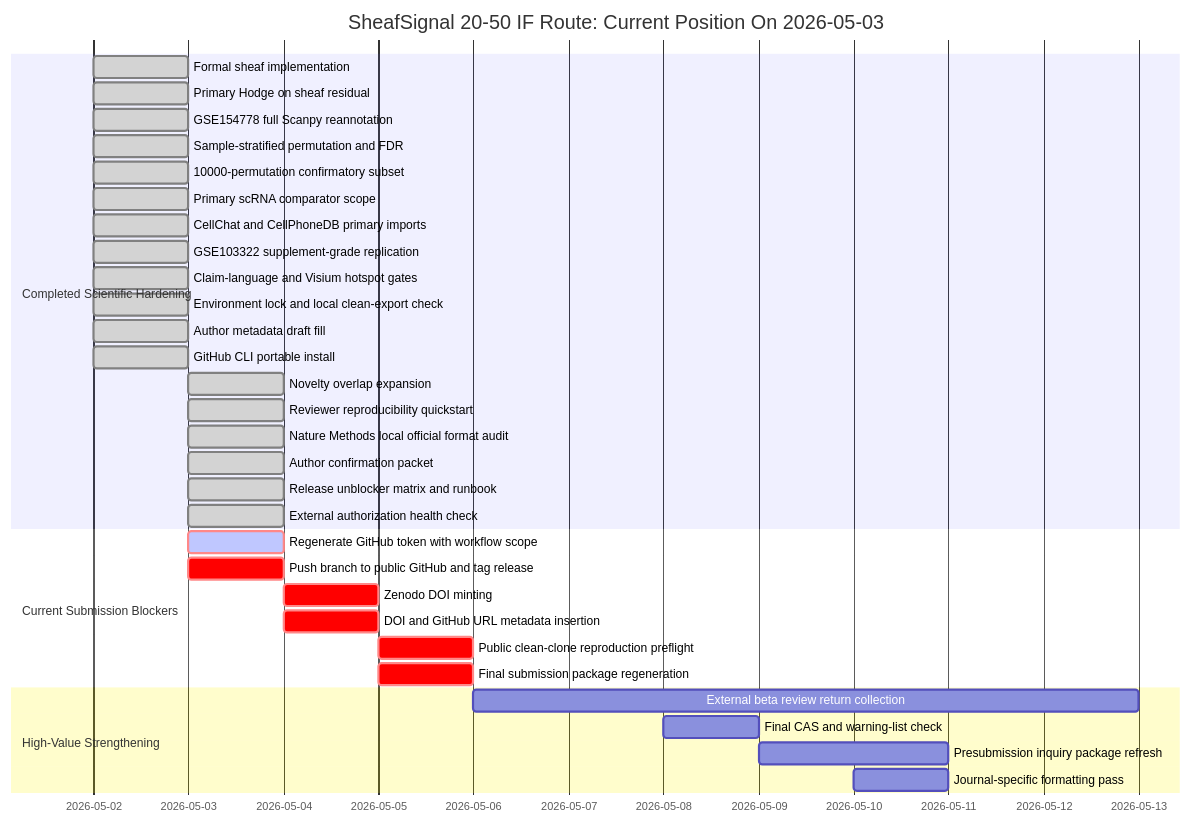
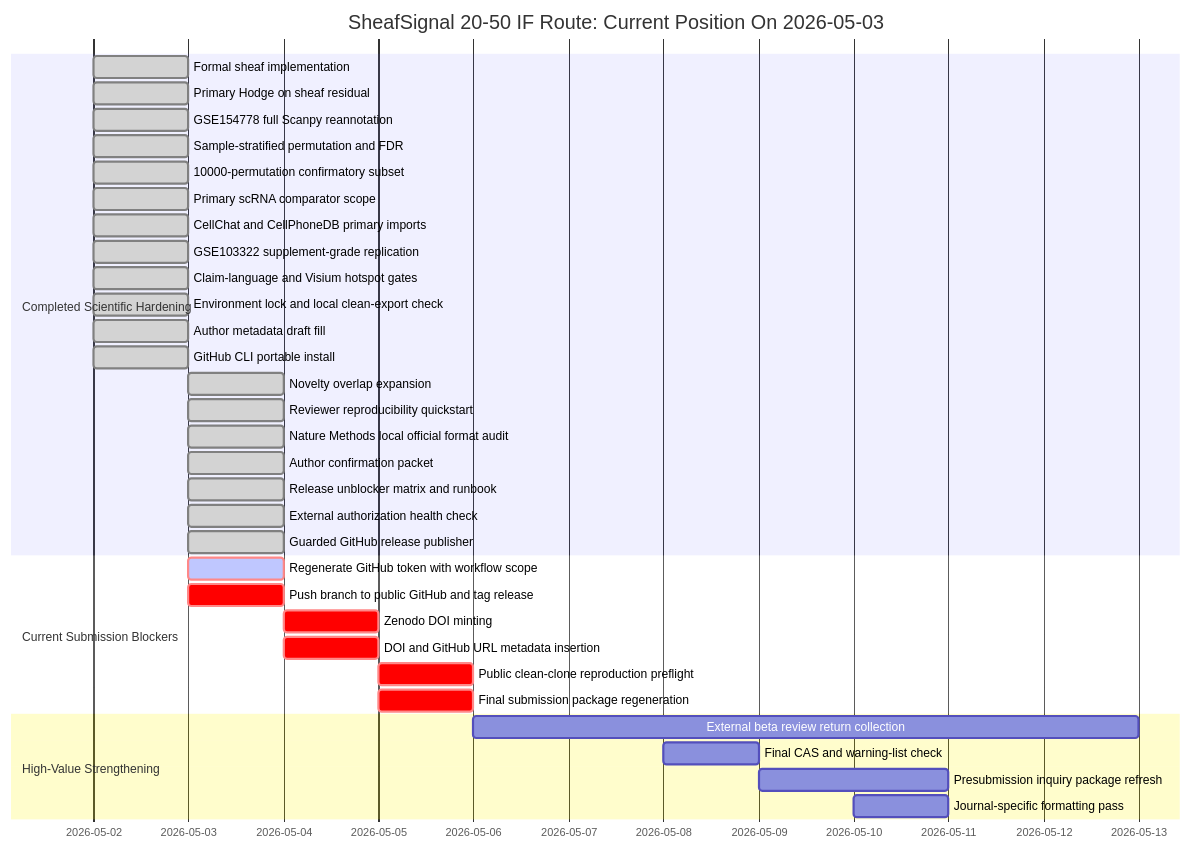
Before and after one commit to healthgreat/SheafSignal: the diagram in manuscript/SHEAFSIGNAL_STATUS_DASHBOARD_2026-05-03.md, drawn with Mermaid. The commit also changed other lines of this file and 8 other files, not shown here.

Commit message:
Add guarded GitHub release publisher

````diff
--- a/manuscript/SHEAFSIGNAL_STATUS_DASHBOARD_2026-05-03.md
+++ b/manuscript/SHEAFSIGNAL_STATUS_DASHBOARD_2026-05-03.md
@@ -107,39 +111,40 @@
 ```mermaid
 gantt
     title SheafSignal 20-50 IF Route: Current Position On 2026-05-03
     dateFormat  YYYY-MM-DD
 
     section Completed Scientific Hardening
     Formal sheaf implementation                    :done, 2026-05-02, 1d
     Primary Hodge on sheaf residual                :done, 2026-05-02, 1d
     GSE154778 full Scanpy reannotation             :done, 2026-05-02, 1d
     Sample-stratified permutation and FDR          :done, 2026-05-02, 1d
     10000-permutation confirmatory subset          :done, 2026-05-02, 1d
     Primary scRNA comparator scope                 :done, 2026-05-02, 1d
     CellChat and CellPhoneDB primary imports       :done, 2026-05-02, 1d
     GSE103322 supplement-grade replication         :done, 2026-05-02, 1d
     Claim-language and Visium hotspot gates        :done, 2026-05-02, 1d
     Environment lock and local clean-export check  :done, 2026-05-02, 1d
     Author metadata draft fill                     :done, 2026-05-02, 1d
     GitHub CLI portable install                    :done, 2026-05-02, 1d
     Novelty overlap expansion                      :done, 2026-05-03, 1d
     Reviewer reproducibility quickstart            :done, 2026-05-03, 1d
     Nature Methods local official format audit     :done, 2026-05-03, 1d
     Author confirmation packet                     :done, 2026-05-03, 1d
     Release unblocker matrix and runbook           :done, 2026-05-03, 1d
     External authorization health check            :done, 2026-05-03, 1d
+    Guarded GitHub release publisher              :done, 2026-05-03, 1d
 
     section Current Submission Blockers
     Regenerate GitHub token with workflow scope    :crit, active, 2026-05-03, 1d
     Push branch to public GitHub and tag release   :crit, 2026-05-03, 1d
     Zenodo DOI minting                             :crit, 2026-05-04, 1d
     DOI and GitHub URL metadata insertion          :crit, 2026-05-04, 1d
     Public clean-clone reproduction preflight      :crit, 2026-05-05, 1d
     Final submission package regeneration          :crit, 2026-05-05, 1d
 
     section High-Value Strengthening
     External beta review return collection         :2026-05-06, 7d
     Final CAS and warning-list check               :2026-05-08, 1d
     Presubmission inquiry package refresh          :2026-05-09, 2d
     Journal-specific formatting pass               :2026-05-10, 1d
 ```
````
